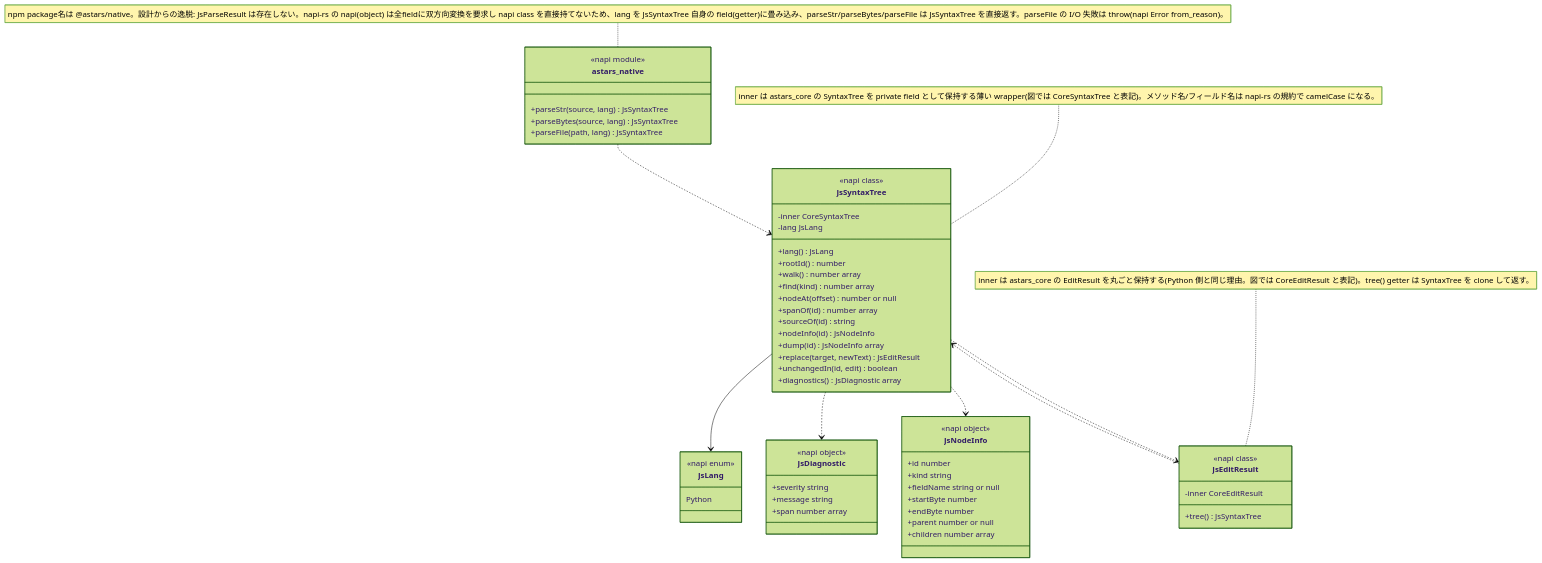
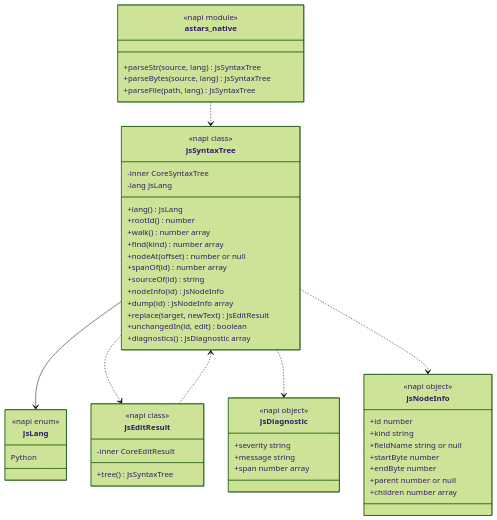
One commit to xwasoux/astars changed the third of 4 diagrams in docs/architecture/ARCHITECTURE.ja.md. Above: the diagram before and after it, drawn with Mermaid (forest theme). The commit also changed other lines of this file, not shown here.

First line of the commit message:
docs: クラス図のnoteをMarkdown本文に移し、冗長な説明文を削る

````diff
--- a/docs/architecture/ARCHITECTURE.ja.md
+++ b/docs/architecture/ARCHITECTURE.ja.md
@@ -196,62 +193,58 @@
 ```mermaid
 classDiagram
     class JsLang {
         <<napi enum>>
         Python
     }
     class JsNodeInfo {
         <<napi object>>
         +id number
         +kind string
         +fieldName string or null
         +startByte number
         +endByte number
         +parent number or null
         +children number array
     }
     class JsDiagnostic {
         <<napi object>>
         +severity string
         +message string
         +span number array
     }
     class JsSyntaxTree {
         <<napi class>>
         -inner CoreSyntaxTree
         -lang JsLang
         +lang() JsLang
         +rootId() number
         +walk() number array
         +find(kind) number array
         +nodeAt(offset) number or null
         +spanOf(id) number array
         +sourceOf(id) string
         +nodeInfo(id) JsNodeInfo
         +dump(id) JsNodeInfo array
         +replace(target, newText) JsEditResult
         +unchangedIn(id, edit) boolean
         +diagnostics() JsDiagnostic array
     }
     class JsEditResult {
         <<napi class>>
         -inner CoreEditResult
         +tree() JsSyntaxTree
     }
     class astars_native {
         <<napi module>>
         +parseStr(source, lang) JsSyntaxTree
         +parseBytes(source, lang) JsSyntaxTree
         +parseFile(path, lang) JsSyntaxTree
     }
 
     astars_native ..> JsSyntaxTree
     JsSyntaxTree --> JsLang
     JsSyntaxTree ..> JsEditResult
     JsEditResult ..> JsSyntaxTree
     JsSyntaxTree ..> JsDiagnostic
     JsSyntaxTree ..> JsNodeInfo
-
-    note for astars_native "npm package名は @astars/native。設計からの逸脱: JsParseResult は存在しない。napi-rs の napi(object) は全fieldに双方向変換を要求し napi class を直接持てないため、lang を JsSyntaxTree 自身の field(getter)に畳み込み、parseStr/parseBytes/parseFile は JsSyntaxTree を直接返す。parseFile の I/O 失敗は throw(napi Error from_reason)。"
-    note for JsSyntaxTree "inner は astars_core の SyntaxTree を private field として保持する薄い wrapper(図では CoreSyntaxTree と表記)。メソッド名/フィールド名は napi-rs の規約で camelCase になる。"
-    note for JsEditResult "inner は astars_core の EditResult を丸ごと保持する(Python 側と同じ理由。図では CoreEditResult と表記)。tree() getter は SyntaxTree を clone して返す。"
 ```
````
